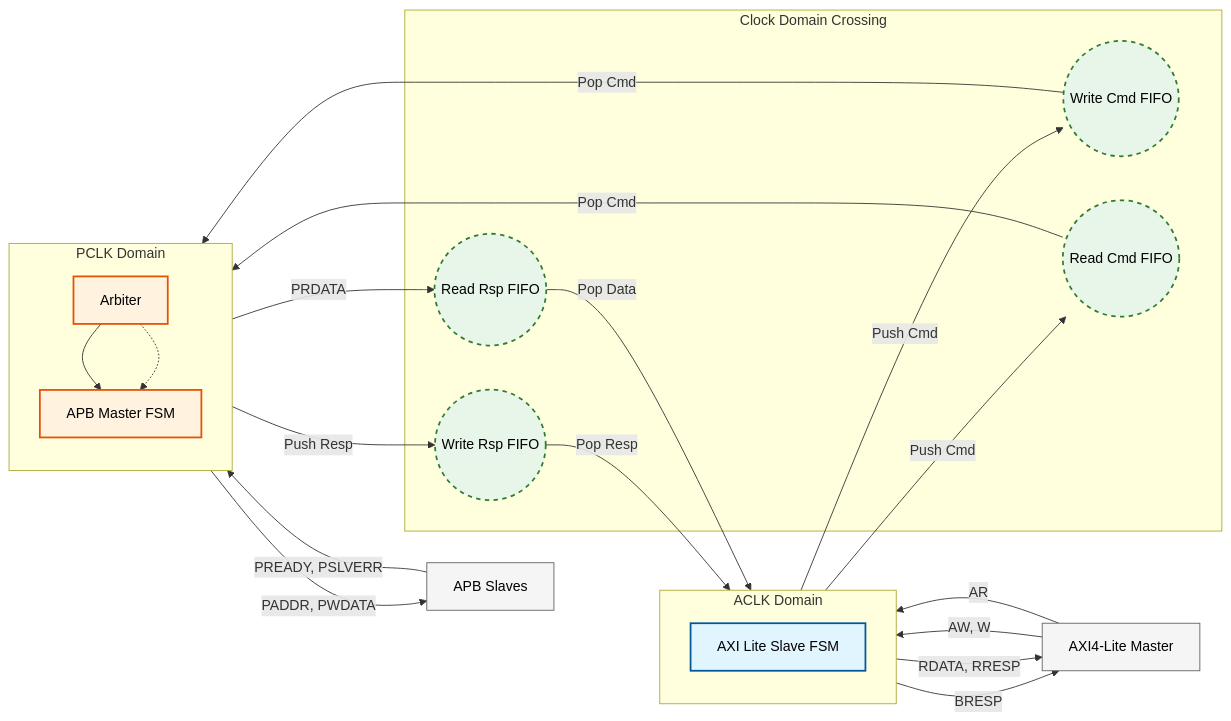
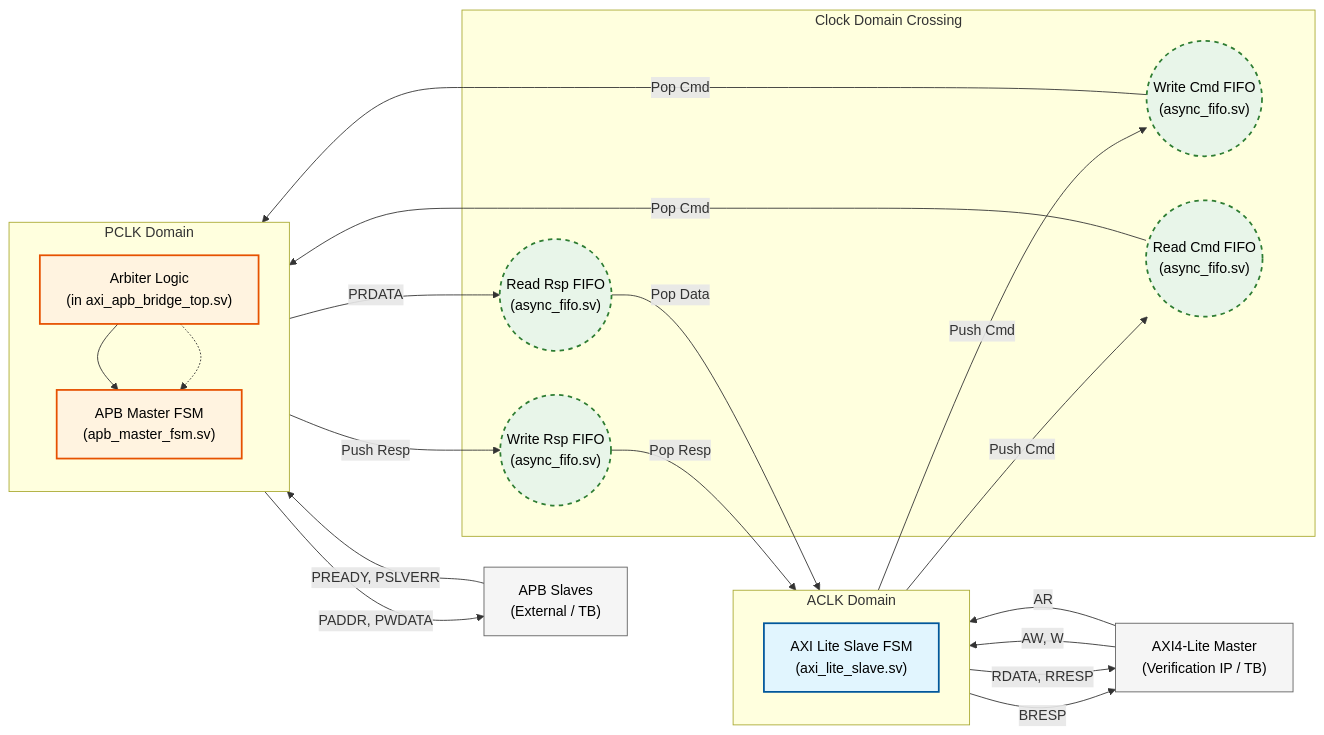
Before and after one commit to noammalca1/AXI4-Lite-to-APB-Bridge-with-Asynchronous-CDC: the diagram in README.md, drawn with Mermaid.

````diff
--- a/README.md
+++ b/README.md
@@ -6,53 +6,53 @@
 ```mermaid
 graph LR
     %% Styles
     classDef aclk fill:#e1f5fe,stroke:#01579b,stroke-width:2px,color:black;
     classDef pclk fill:#fff3e0,stroke:#e65100,stroke-width:2px,color:black;
     classDef fifo fill:#e8f5e9,stroke:#2e7d32,stroke-width:2px,stroke-dasharray: 5 5,color:black;
     classDef ext fill:#f5f5f5,stroke:#616161,stroke-width:1px,color:black;
 
     %% External Interfaces
-    AXI_Master[AXI4-Lite Master]:::ext
-    APB_Slaves[APB Slaves]:::ext
+    AXI_Master["AXI4-Lite Master<br/>(Verification IP / TB)"]:::ext
+    APB_Slaves["APB Slaves<br/>(External / TB)"]:::ext
 
     %% ACLK Domain Subgraph
     subgraph ACLK_Domain [ACLK Domain]
         direction TB
-        AXI_Slave[AXI Lite Slave FSM]:::aclk
+        AXI_Slave["AXI Lite Slave FSM<br/>(axi_lite_slave.sv)"]:::aclk
     end
 
     %% PCLK Domain Subgraph
     subgraph PCLK_Domain [PCLK Domain]
         direction TB
-        Arbiter[Arbiter]:::pclk
-        APB_FSM[APB Master FSM]:::pclk
+        Arbiter["Arbiter Logic<br/>(in axi_apb_bridge_top.sv)"]:::pclk
+        APB_FSM["APB Master FSM<br/>(apb_master_fsm.sv)"]:::pclk
     end
 
     %% FIFOs (CDC)
     subgraph CDC [Clock Domain Crossing]
-        WrCmd_FIFO((Write Cmd FIFO)):::fifo
-        RdCmd_FIFO((Read Cmd FIFO)):::fifo
-        WrRsp_FIFO((Write Rsp FIFO)):::fifo
-        RdRsp_FIFO((Read Rsp FIFO)):::fifo
+        WrCmd_FIFO(("Write Cmd FIFO<br/>(async_fifo.sv)")):::fifo
+        RdCmd_FIFO(("Read Cmd FIFO<br/>(async_fifo.sv)")):::fifo
+        WrRsp_FIFO(("Write Rsp FIFO<br/>(async_fifo.sv)")):::fifo
+        RdRsp_FIFO(("Read Rsp FIFO<br/>(async_fifo.sv)")):::fifo
     end
 
     %% Flow Connections - Write Path
     AXI_Master -- AW, W --> AXI_Slave
     AXI_Slave -- Push Cmd --> WrCmd_FIFO
     WrCmd_FIFO -- Pop Cmd --> Arbiter
     Arbiter --> APB_FSM
     APB_FSM -- PADDR, PWDATA --> APB_Slaves
     APB_Slaves -- PREADY, PSLVERR --> APB_FSM
     APB_FSM -- Push Resp --> WrRsp_FIFO
     WrRsp_FIFO -- Pop Resp --> AXI_Slave
     AXI_Slave -- BRESP --> AXI_Master
 
     %% Flow Connections - Read Path
     AXI_Master -- AR --> AXI_Slave
     AXI_Slave -- Push Cmd --> RdCmd_FIFO
     RdCmd_FIFO -- Pop Cmd --> Arbiter
     Arbiter -.-> APB_FSM
     APB_FSM -- PRDATA --> RdRsp_FIFO
     RdRsp_FIFO -- Pop Data --> AXI_Slave
     AXI_Slave -- RDATA, RRESP --> AXI_Master
 ```
````
